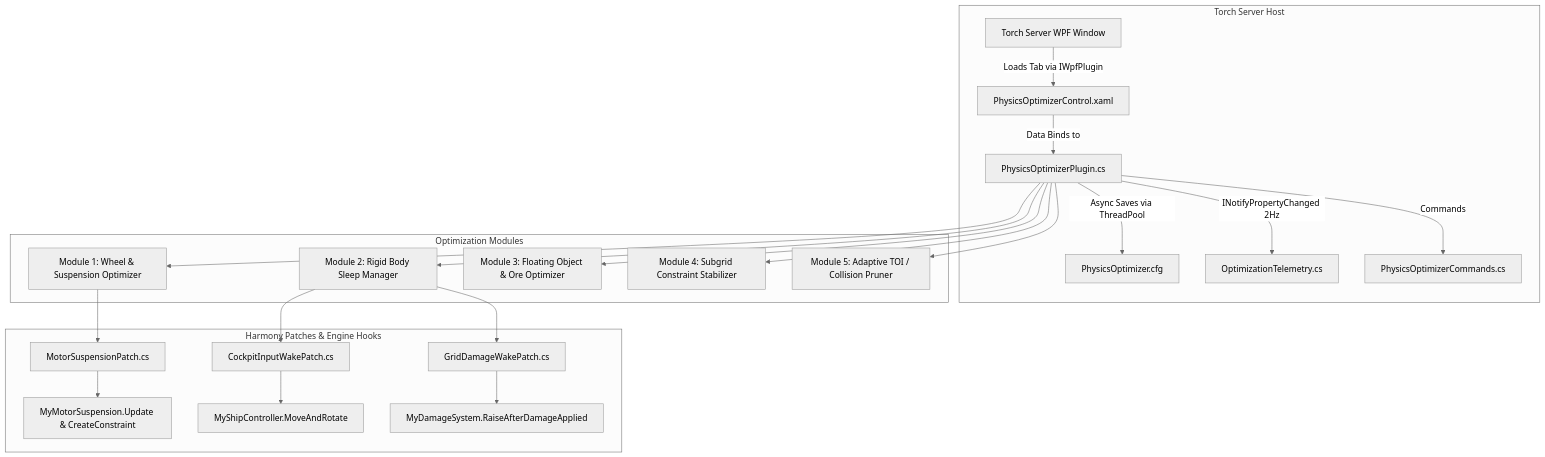
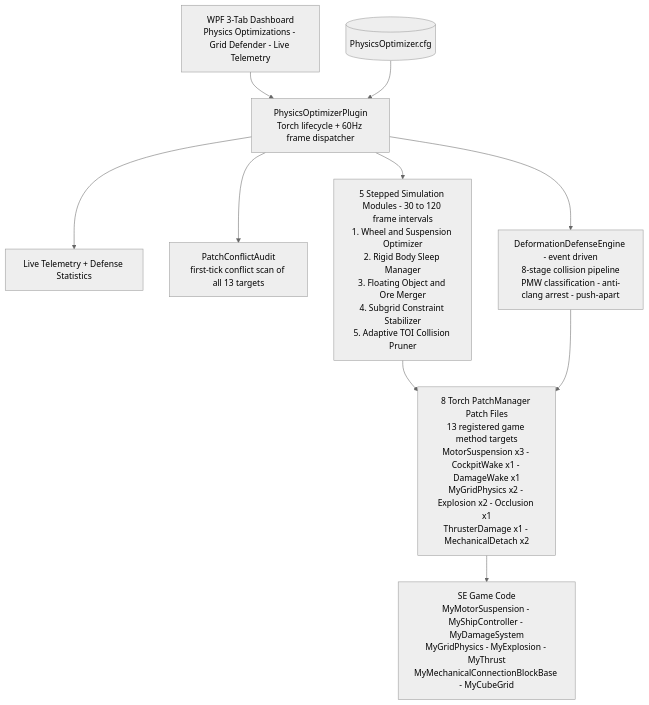
One commit to GV-Server-Mods/PhysicsOptimizations changed the diagram in README.md. Above: the diagram before and after it, drawn with Mermaid (neutral theme). The commit also changed other lines of this file and 17 other files, not shown here.

Commit message:
Fully integrated GridDefender.

````diff
--- a/README.md
+++ b/README.md
@@ -34,27 +37,16 @@
 ```mermaid
 graph TD
-    subgraph Torch Server Host
-        TorchGUI[Torch Server WPF Window] -->|Loads Tab via IWpfPlugin| UI[PhysicsOptimizerControl.xaml]
-        UI -->|Data Binds to| Plugin[PhysicsOptimizerPlugin.cs]
-        Plugin -->|Async Saves via ThreadPool| CfgFile[PhysicsOptimizer.cfg]
-        Plugin -->|INotifyPropertyChanged 2Hz| Telemetry[OptimizationTelemetry.cs]
-        Plugin -->|Commands| Commands[PhysicsOptimizerCommands.cs]
-    end
+    UI[WPF 3-Tab Dashboard<br/>Physics Optimizations - Grid Defender - Live Telemetry] --> Plugin
+    CFG[(PhysicsOptimizer.cfg)] --> Plugin
+    Plugin[PhysicsOptimizerPlugin<br/>Torch lifecycle + 60Hz frame dispatcher] --> Tel[Live Telemetry + Defense Statistics]
+    Plugin --> Audit[PatchConflictAudit<br/>first-tick conflict scan of all 13 targets]
 
-    subgraph Optimization Modules
-        Plugin --> M1[Module 1: Wheel & Suspension Optimizer]
-        Plugin --> M2[Module 2: Rigid Body Sleep Manager]
-        Plugin --> M3[Module 3: Floating Object & Ore Optimizer]
-        Plugin --> M4[Module 4: Subgrid Constraint Stabilizer]
-        Plugin --> M5[Module 5: Adaptive TOI / Collision Pruner]
-    end
+    Plugin --> Modules[5 Stepped Simulation Modules - 30 to 120 frame intervals<br/>1. Wheel and Suspension Optimizer<br/>2. Rigid Body Sleep Manager<br/>3. Floating Object and Ore Merger<br/>4. Subgrid Constraint Stabilizer<br/>5. Adaptive TOI Collision Pruner]
 
-    subgraph Harmony Patches & Engine Hooks
-        M1 --> P1[MotorSuspensionPatch.cs]
-        M2 --> P2[CockpitInputWakePatch.cs]
-        M2 --> P3[GridDamageWakePatch.cs]
-        P1 --> GameSuspension[MyMotorSuspension.Update & CreateConstraint]
-        P2 --> GameCockpit[MyShipController.MoveAndRotate]
-        P3 --> GameDamage[MyDamageSystem.RaiseAfterDamageApplied]
-    end
+    Plugin --> Engine[DeformationDefenseEngine - event driven<br/>8-stage collision pipeline<br/>PMW classification - anti-clang arrest - push-apart]
+
+    Modules --> Patches[8 Torch PatchManager Patch Files<br/>13 registered game method targets<br/>MotorSuspension x3 - CockpitWake x1 - DamageWake x1<br/>MyGridPhysics x2 - Explosion x2 - Occlusion x1<br/>ThrusterDamage x1 - MechanicalDetach x2]
+    Engine --> Patches
+
+    Patches --> Game[SE Game Code<br/>MyMotorSuspension - MyShipController - MyDamageSystem<br/>MyGridPhysics - MyExplosion - MyThrust<br/>MyMechanicalConnectionBlockBase - MyCubeGrid]
 ```
````
